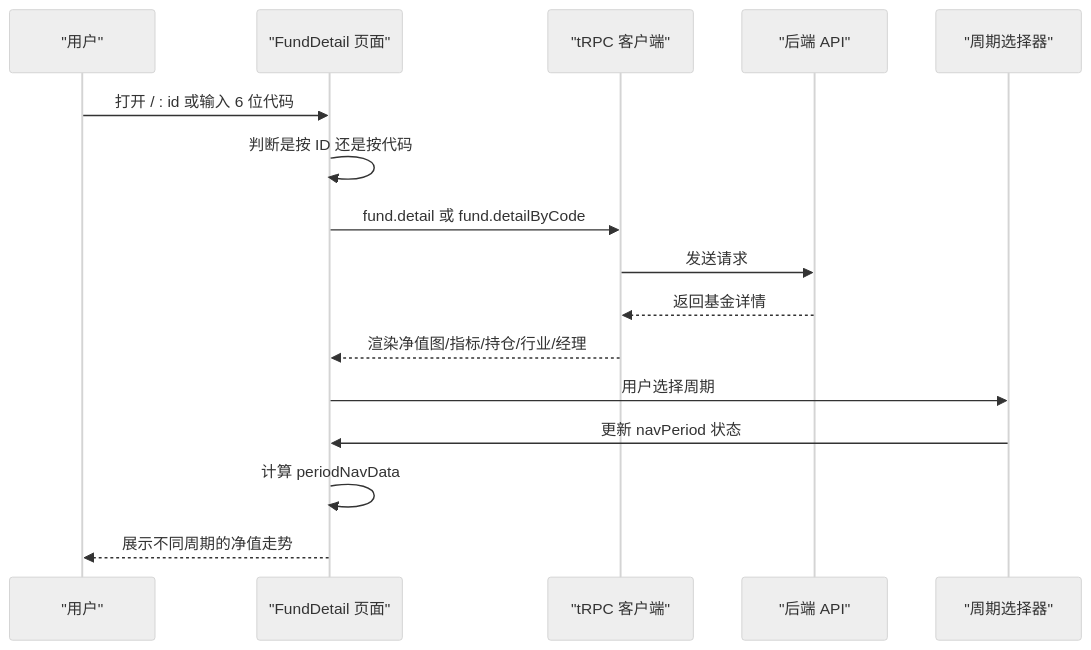
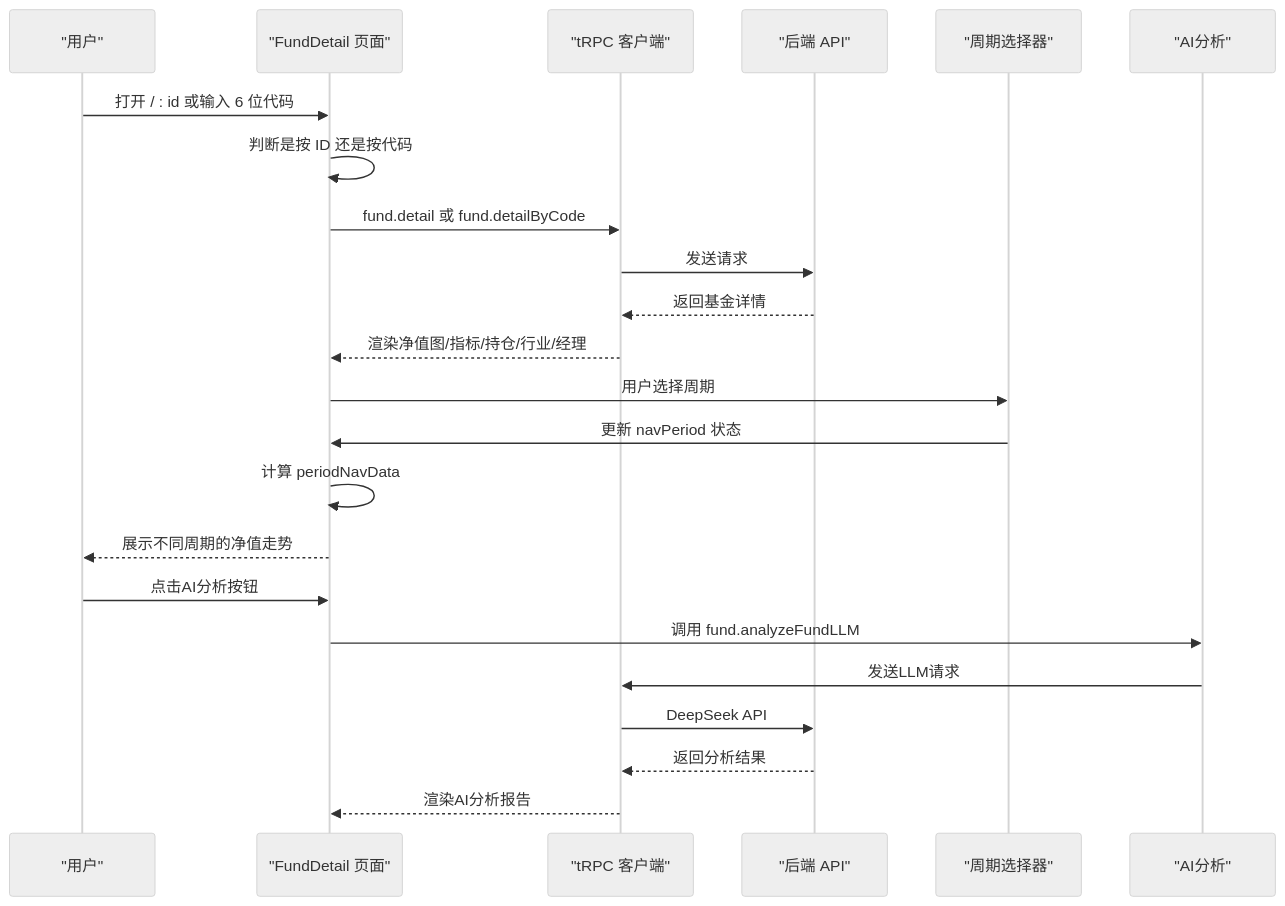
The fourth of 8 diagrams in .qoder/repowiki/zh/content/前端应用文档/页面组件系统.md (youkell85/FundTrader), drawn with Mermaid (neutral theme) before and after one commit. The commit also changed other lines of this file and 11 other files, not shown here.

````diff
--- a/.qoder/repowiki/zh/content/前端应用文档/页面组件系统.md
+++ b/.qoder/repowiki/zh/content/前端应用文档/页面组件系统.md
@@ -209,18 +254,25 @@
 ```mermaid
 sequenceDiagram
 participant U as "用户"
 participant D as "FundDetail 页面"
 participant T as "tRPC 客户端"
 participant S as "后端 API"
 participant P as "周期选择器"
+participant L as "AI分析"
 U->>D : 打开 / : id 或输入 6 位代码
 D->>D : 判断是按 ID 还是按代码
 D->>T : fund.detail 或 fund.detailByCode
 T->>S : 发送请求
 S-->>T : 返回基金详情
 T-->>D : 渲染净值图/指标/持仓/行业/经理
 D->>P : 用户选择周期
 P->>D : 更新 navPeriod 状态
 D->>D : 计算 periodNavData
 D-->>U : 展示不同周期的净值走势
+U->>D : 点击AI分析按钮
+D->>L : 调用 fund.analyzeFundLLM
+L->>T : 发送LLM请求
+T->>S : DeepSeek API
+S-->>T : 返回分析结果
+T-->>D : 渲染AI分析报告
 ```
````
